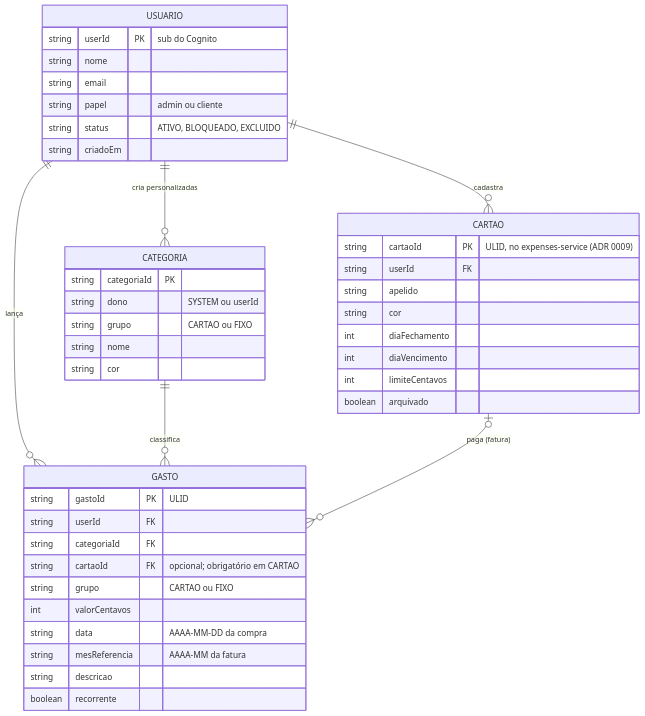
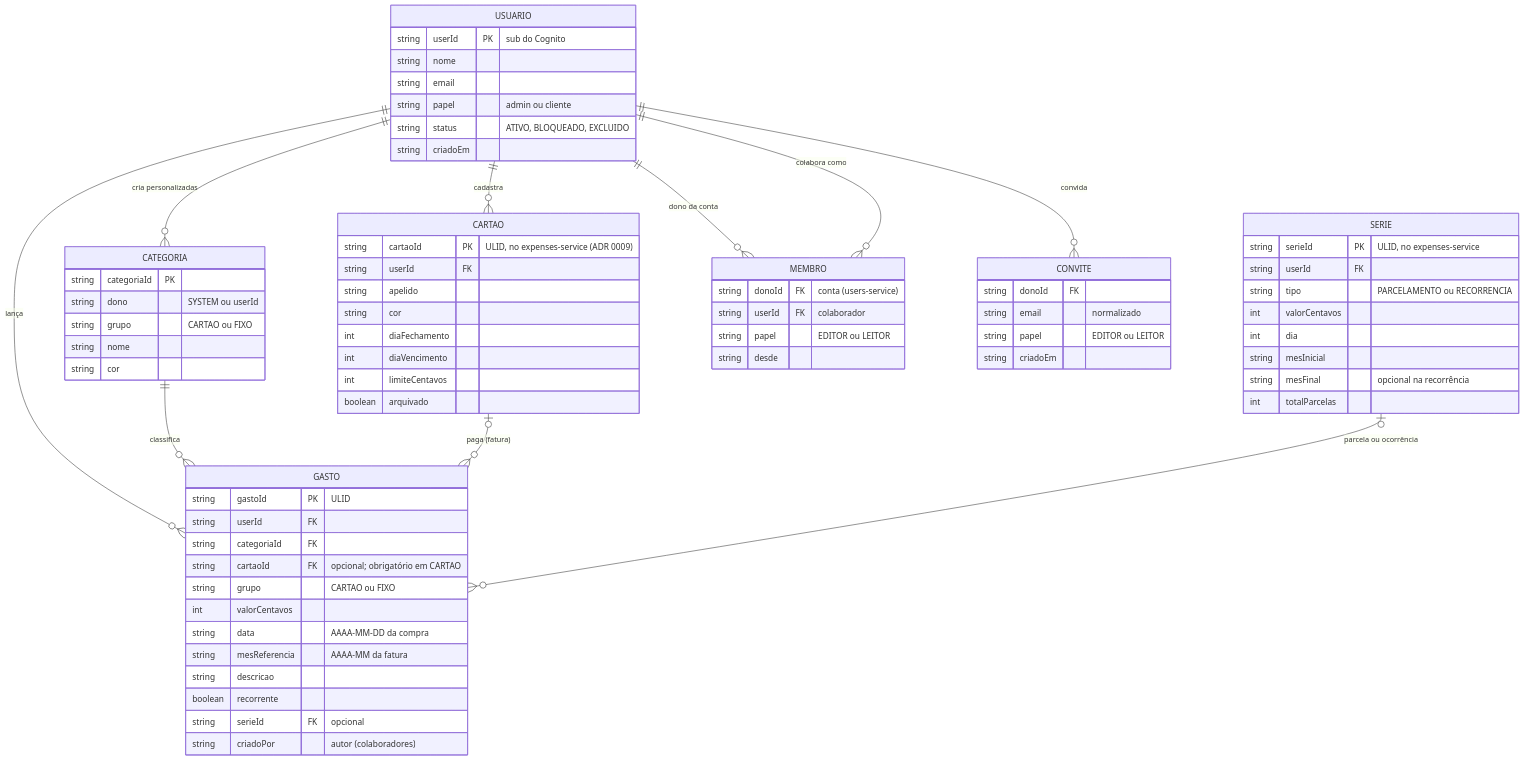
One commit to Rossete-Inc/gestor-gastos-infra-base changed diagram 12 of 14 in docs/diagramas.md. Above: the diagram before and after it, drawn with Mermaid. The commit also changed other lines of this file and 15 other files, not shown here.

````diff
--- a/docs/diagramas.md
+++ b/docs/diagramas.md
@@ -332,46 +367,74 @@
 ```mermaid
 erDiagram
     USUARIO ||--o{ GASTO : "lança"
     USUARIO ||--o{ CATEGORIA : "cria personalizadas"
     CATEGORIA ||--o{ GASTO : "classifica"
     USUARIO ||--o{ CARTAO : "cadastra"
     CARTAO |o--o{ GASTO : "paga (fatura)"
+    SERIE |o--o{ GASTO : "parcela ou ocorrência"
+    USUARIO ||--o{ MEMBRO : "dono da conta"
+    USUARIO ||--o{ MEMBRO : "colabora como"
+    USUARIO ||--o{ CONVITE : "convida"
 
     USUARIO {
         string userId PK "sub do Cognito"
         string nome
         string email
         string papel "admin ou cliente"
         string status "ATIVO, BLOQUEADO, EXCLUIDO"
         string criadoEm
     }
     CATEGORIA {
         string categoriaId PK
         string dono "SYSTEM ou userId"
         string grupo "CARTAO ou FIXO"
         string nome
         string cor
     }
     GASTO {
         string gastoId PK "ULID"
         string userId FK
         string categoriaId FK
         string cartaoId FK "opcional; obrigatório em CARTAO"
         string grupo "CARTAO ou FIXO"
         int valorCentavos
         string data "AAAA-MM-DD da compra"
         string mesReferencia "AAAA-MM da fatura"
         string descricao
         boolean recorrente
+        string serieId FK "opcional"
+        string criadoPor "autor (colaboradores)"
     }
     CARTAO {
         string cartaoId PK "ULID, no expenses-service (ADR 0009)"
         string userId FK
         string apelido
         string cor
         int diaFechamento
         int diaVencimento
         int limiteCentavos
         boolean arquivado
     }
+    SERIE {
+        string serieId PK "ULID, no expenses-service"
+        string userId FK
+        string tipo "PARCELAMENTO ou RECORRENCIA"
+        int valorCentavos
+        int dia
+        string mesInicial
+        string mesFinal "opcional na recorrência"
+        int totalParcelas
+    }
+    MEMBRO {
+        string donoId FK "conta (users-service)"
+        string userId FK "colaborador"
+        string papel "EDITOR ou LEITOR"
+        string desde
+    }
+    CONVITE {
+        string donoId FK
+        string email "normalizado"
+        string papel "EDITOR ou LEITOR"
+        string criadoEm
+    }
 ```
````
